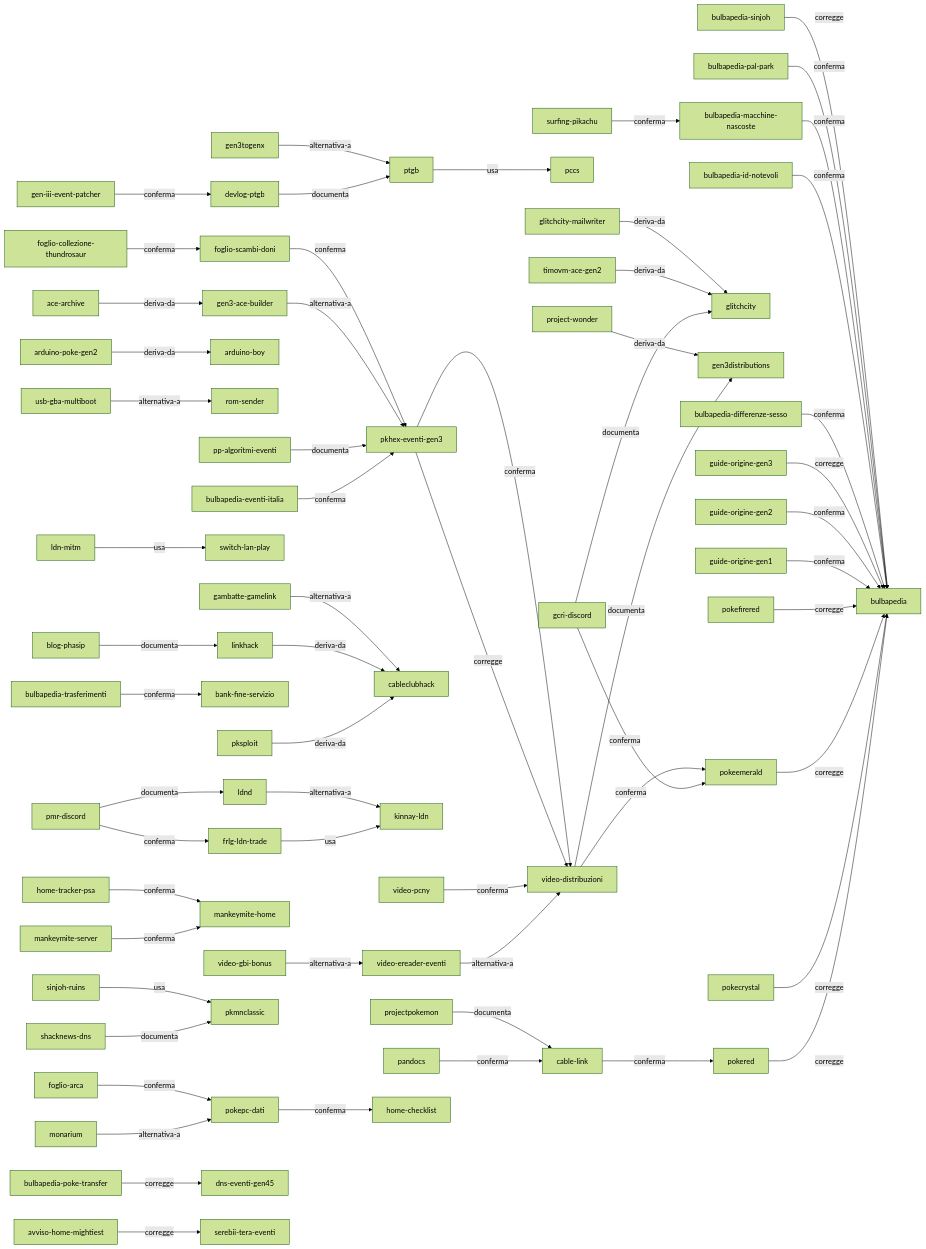
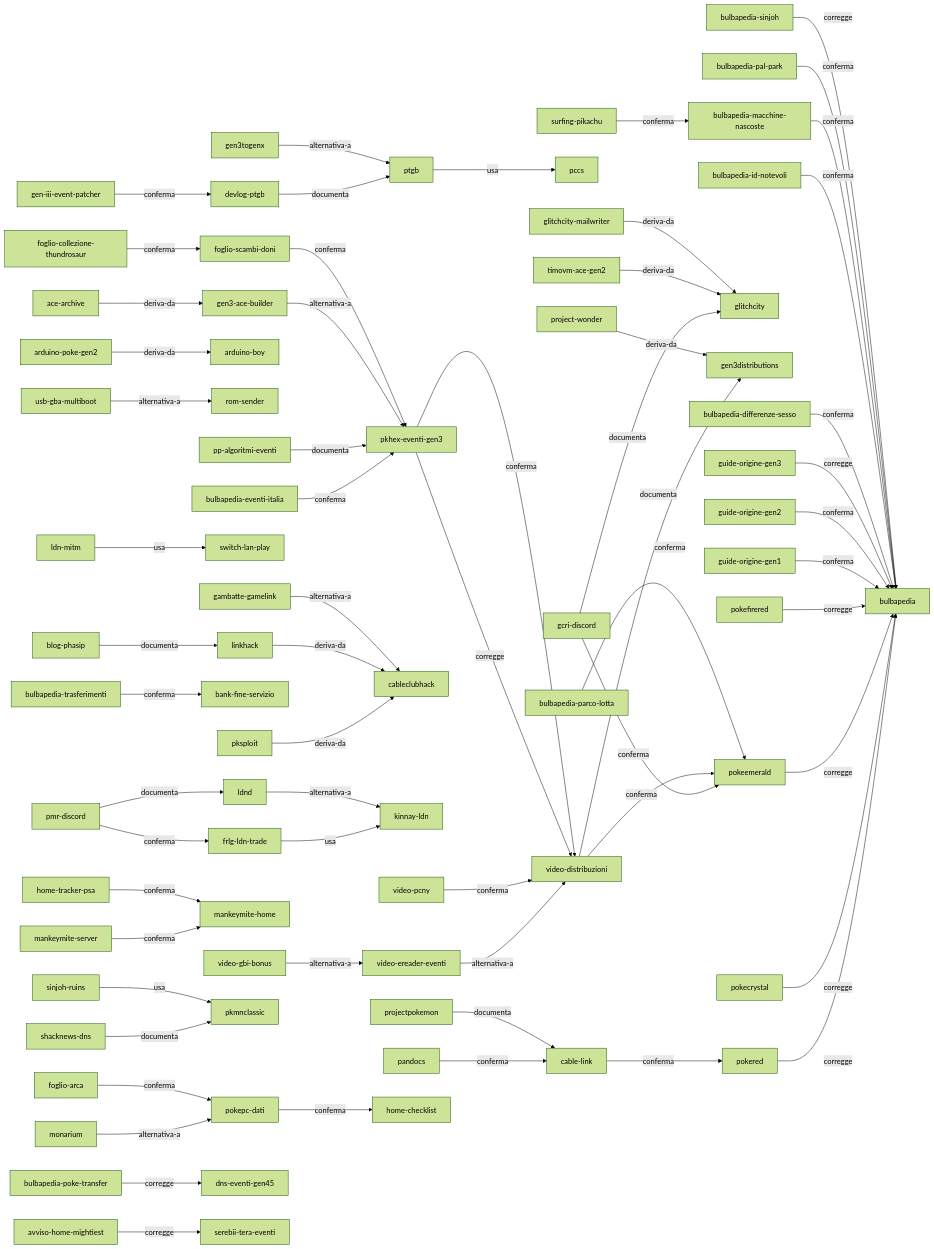
Before and after one commit to alesop95/retrogame-mod-pok-dev: the diagram in docs/fonti/index-fonti.md, drawn with Mermaid (forest theme). The commit also changed other lines of this file and 16 other files, not shown here.

Commit message:
Parco Lotta: fonti lette, tabelle estratte, STUDIO-04 e sezione di tesi

````diff
--- a/docs/fonti/index-fonti.md
+++ b/docs/fonti/index-fonti.md
@@ -15,62 +15,63 @@
 ```mermaid
 graph LR
   pokered -- corregge --> bulbapedia
   pokecrystal -- corregge --> bulbapedia
   pokeemerald -- corregge --> bulbapedia
   pokefirered -- corregge --> bulbapedia
   pandocs -- conferma --> cable-link
   devlog-ptgb -- documenta --> ptgb
   ptgb -- usa --> pccs
   gen3togenx -- alternativa-a --> ptgb
   cable-link -- conferma --> pokered
   pksploit -- deriva-da --> cableclubhack
   linkhack -- deriva-da --> cableclubhack
   blog-phasip -- documenta --> linkhack
   arduino-poke-gen2 -- deriva-da --> arduino-boy
   usb-gba-multiboot -- alternativa-a --> rom-sender
   frlg-ldn-trade -- usa --> kinnay-ldn
   ldnd -- alternativa-a --> kinnay-ldn
   pmr-discord -- conferma --> frlg-ldn-trade
   pmr-discord -- documenta --> ldnd
   ldn-mitm -- usa --> switch-lan-play
   gcri-discord -- conferma --> pokeemerald
   gcri-discord -- documenta --> glitchcity
   gambatte-gamelink -- alternativa-a --> cableclubhack
   projectpokemon -- documenta --> cable-link
   video-distribuzioni -- conferma --> pokeemerald
   video-distribuzioni -- documenta --> gen3distributions
   video-ereader-eventi -- alternativa-a --> video-distribuzioni
   video-pcny -- conferma --> video-distribuzioni
   video-gbi-bonus -- alternativa-a --> video-ereader-eventi
   bulbapedia-trasferimenti -- conferma --> bank-fine-servizio
   pkhex-eventi-gen3 -- corregge --> video-distribuzioni
   pkhex-eventi-gen3 -- conferma --> video-distribuzioni
   bulbapedia-eventi-italia -- conferma --> pkhex-eventi-gen3
   gen-iii-event-patcher -- conferma --> devlog-ptgb
   project-wonder -- deriva-da --> gen3distributions
   pp-algoritmi-eventi -- documenta --> pkhex-eventi-gen3
   gen3-ace-builder -- alternativa-a --> pkhex-eventi-gen3
   ace-archive -- deriva-da --> gen3-ace-builder
   mankeymite-server -- conferma --> mankeymite-home
   home-tracker-psa -- conferma --> mankeymite-home
   guide-origine-gen1 -- conferma --> bulbapedia
   guide-origine-gen2 -- conferma --> bulbapedia
   guide-origine-gen3 -- corregge --> bulbapedia
   bulbapedia-differenze-sesso -- conferma --> bulbapedia
   bulbapedia-id-notevoli -- conferma --> bulbapedia
   foglio-scambi-doni -- conferma --> pkhex-eventi-gen3
   timovm-ace-gen2 -- deriva-da --> glitchcity
   glitchcity-mailwriter -- deriva-da --> glitchcity
   shacknews-dns -- documenta --> pkmnclassic
   sinjoh-ruins -- usa --> pkmnclassic
   bulbapedia-macchine-nascoste -- conferma --> bulbapedia
   surfing-pikachu -- conferma --> bulbapedia-macchine-nascoste
   pokepc-dati -- conferma --> home-checklist
   monarium -- alternativa-a --> pokepc-dati
   foglio-arca -- conferma --> pokepc-dati
   foglio-collezione-thundrosaur -- conferma --> foglio-scambi-doni
   bulbapedia-pal-park -- conferma --> bulbapedia
   bulbapedia-sinjoh -- corregge --> bulbapedia
   bulbapedia-poke-transfer -- corregge --> dns-eventi-gen45
   avviso-home-mightiest -- corregge --> serebii-tera-eventi
+  bulbapedia-parco-lotta -- conferma --> pokeemerald
 ```
````
